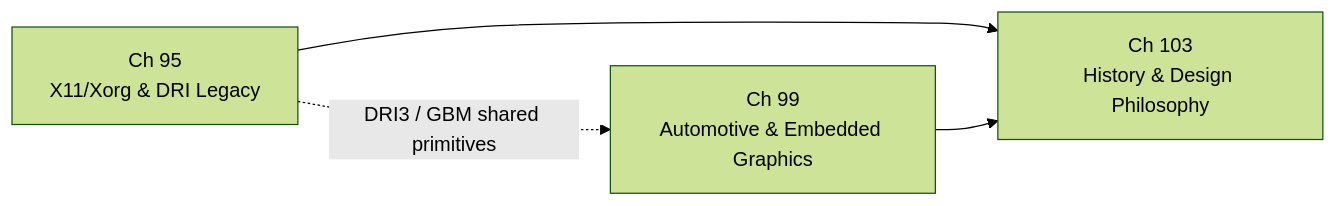
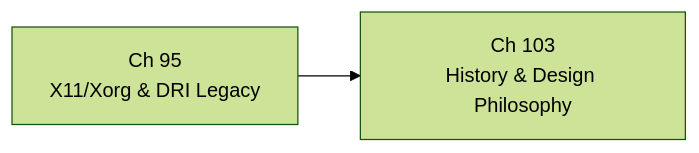
Before and after one commit to jreuben11/linux-graphics-stack-book: the diagram in chapters/part-21-platform-legacy/part-intro.md, drawn with Mermaid (forest theme). The commit also changed other lines of this file and 3 other files, not shown here.

First line of the commit message:
Relocate ch99 (Automotive/Embedded Graphics) from Part XXI to Part II

````diff
--- a/chapters/part-21-platform-legacy/part-intro.md
+++ b/chapters/part-21-platform-legacy/part-intro.md
@@ -25,6 +21,4 @@
 ```mermaid
 graph LR
-    A["Ch 95\nX11/Xorg & DRI Legacy"] --> C["Ch 103\nHistory & Design Philosophy"]
-    B["Ch 99\nAutomotive & Embedded Graphics"] --> C
-    A -. "DRI3 / GBM shared primitives" .-> B
+    A["Ch 95\nX11/Xorg & DRI Legacy"] --> B["Ch 103\nHistory & Design Philosophy"]
 ```
````
